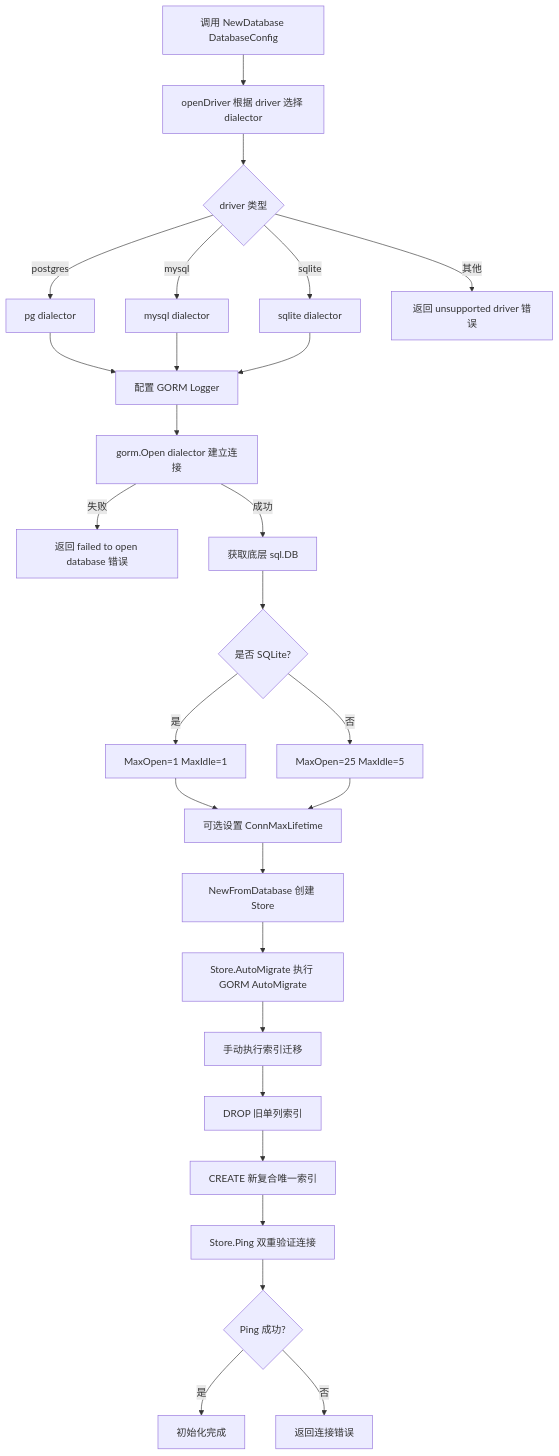
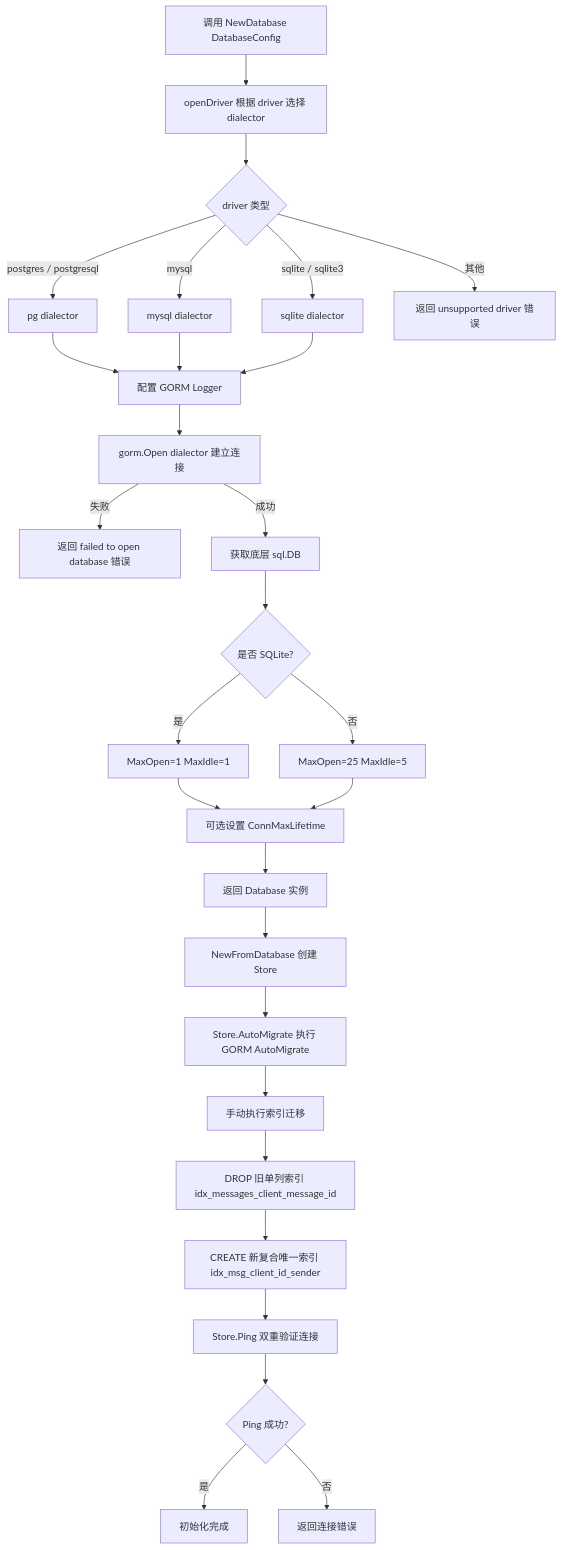
The first of 11 diagrams in wiki/flows/storage.md (PineappleBond/xyncra-server), drawn with Mermaid before and after one commit. The commit also changed other lines of this file and 21 other files, not shown here.

First line of the commit message:
docs(wiki): fix accuracy and completeness issues across all flow documents

````diff
--- a/wiki/flows/storage.md
+++ b/wiki/flows/storage.md
@@ -29,29 +29,30 @@
 ```mermaid
 flowchart TD
     A[调用 NewDatabase DatabaseConfig] --> B[openDriver 根据 driver 选择 dialector]
     B --> C{driver 类型}
-    C -->|postgres| D[pg dialector]
+    C -->|postgres / postgresql| D[pg dialector]
     C -->|mysql| E[mysql dialector]
-    C -->|sqlite| F[sqlite dialector]
+    C -->|sqlite / sqlite3| F[sqlite dialector]
     C -->|其他| G[返回 unsupported driver 错误]
     D --> H[配置 GORM Logger]
     E --> H
     F --> H
     H --> I[gorm.Open dialector 建立连接]
     I -->|失败| J[返回 failed to open database 错误]
     I -->|成功| K[获取底层 sql.DB]
     K --> L{是否 SQLite?}
     L -->|是| M[MaxOpen=1 MaxIdle=1]
     L -->|否| N[MaxOpen=25 MaxIdle=5]
     M --> O[可选设置 ConnMaxLifetime]
     N --> O
-    O --> P[NewFromDatabase 创建 Store]
-    P --> Q[Store.AutoMigrate 执行 GORM AutoMigrate]
-    Q --> R[手动执行索引迁移]
-    R --> S[DROP 旧单列索引]
-    S --> T[CREATE 新复合唯一索引]
-    T --> U[Store.Ping 双重验证连接]
-    U --> V{Ping 成功?}
-    V -->|是| W[初始化完成]
-    V -->|否| X[返回连接错误]
+    O --> P[返回 Database 实例]
+    P --> Q[NewFromDatabase 创建 Store]
+    Q --> R[Store.AutoMigrate 执行 GORM AutoMigrate]
+    R --> S[手动执行索引迁移]
+    S --> T[DROP 旧单列索引 idx_messages_client_message_id]
+    T --> U[CREATE 新复合唯一索引 idx_msg_client_id_sender]
+    U --> V[Store.Ping 双重验证连接]
+    V --> W{Ping 成功?}
+    W -->|是| X[初始化完成]
+    W -->|否| Y[返回连接错误]
 ```
````
